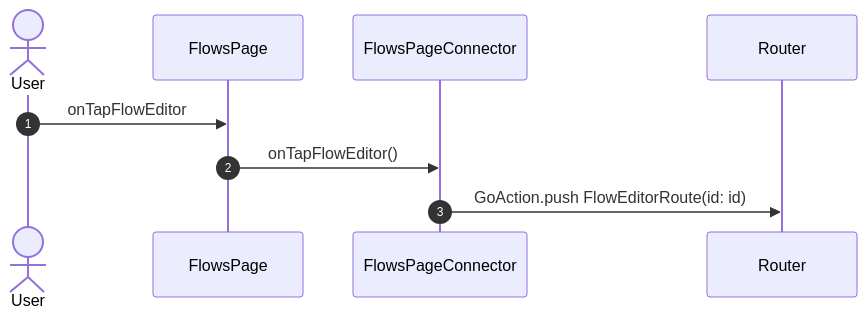
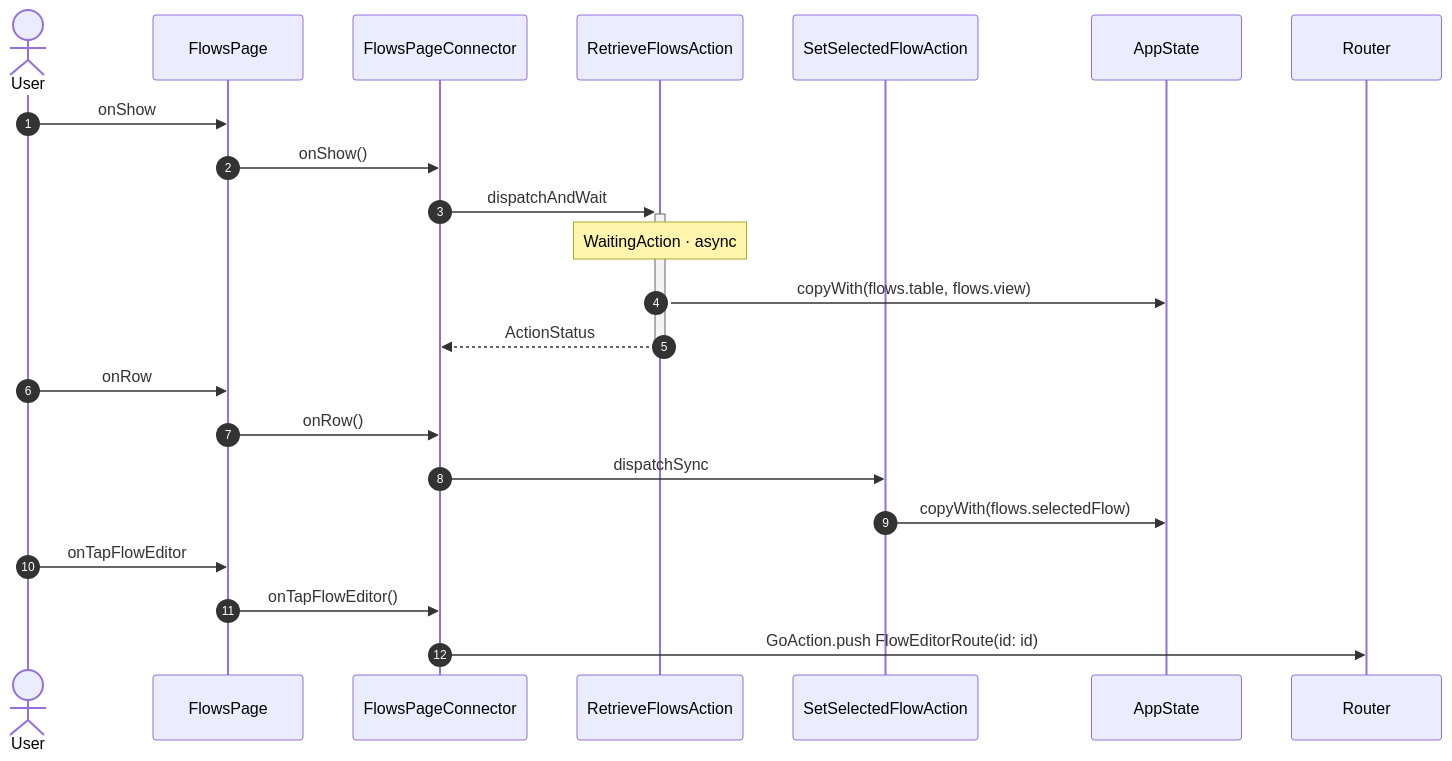
One commit to gencto/wyrm changed the diagram in studio/docs/flows/flows.md. Above: the diagram before and after it, drawn with Mermaid. The commit also changed other lines of this file and 43 other files, not shown here.

First line of the commit message:
studio: phase 10, Flows

````diff
--- a/studio/docs/flows/flows.md
+++ b/studio/docs/flows/flows.md
@@ -7,12 +7,27 @@
 ```mermaid
 sequenceDiagram
     autonumber
     actor User
     participant UI as FlowsPage
     participant VM as FlowsPageConnector
+    participant A1 as RetrieveFlowsAction
+    participant A2 as SetSelectedFlowAction
+    participant ST as AppState
     participant NAV as Router
+
+    User->>UI: onShow
+    UI->>VM: onShow()
+    VM->>+A1: dispatchAndWait
+    Note over A1: WaitingAction · async
+    A1->>ST: copyWith(flows.table, flows.view)
+    A1-->>-VM: ActionStatus
+
+    User->>UI: onRow
+    UI->>VM: onRow()
+    VM->>A2: dispatchSync
+    A2->>ST: copyWith(flows.selectedFlow)
 
     User->>UI: onTapFlowEditor
     UI->>VM: onTapFlowEditor()
     VM->>NAV: GoAction.push FlowEditorRoute(id: id)
 ```
````
